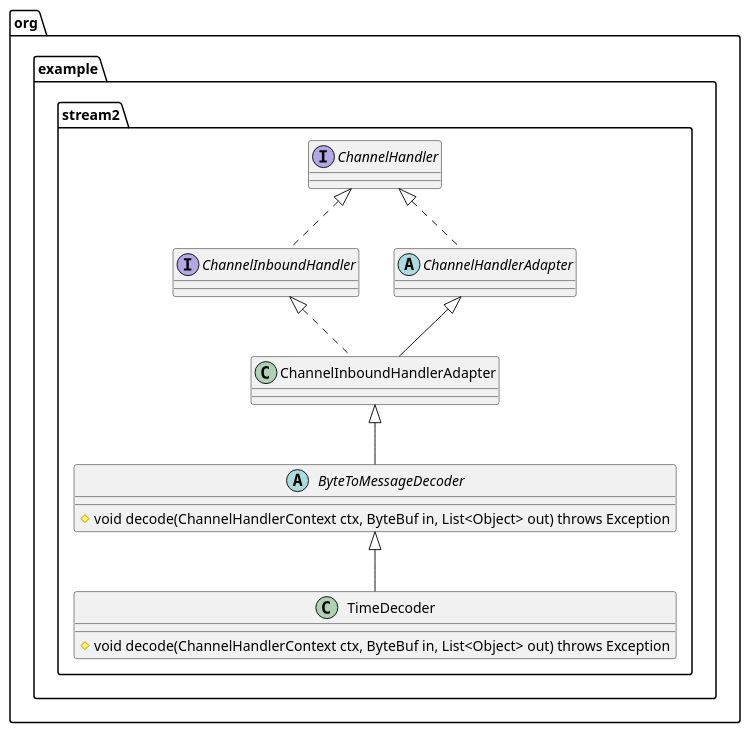
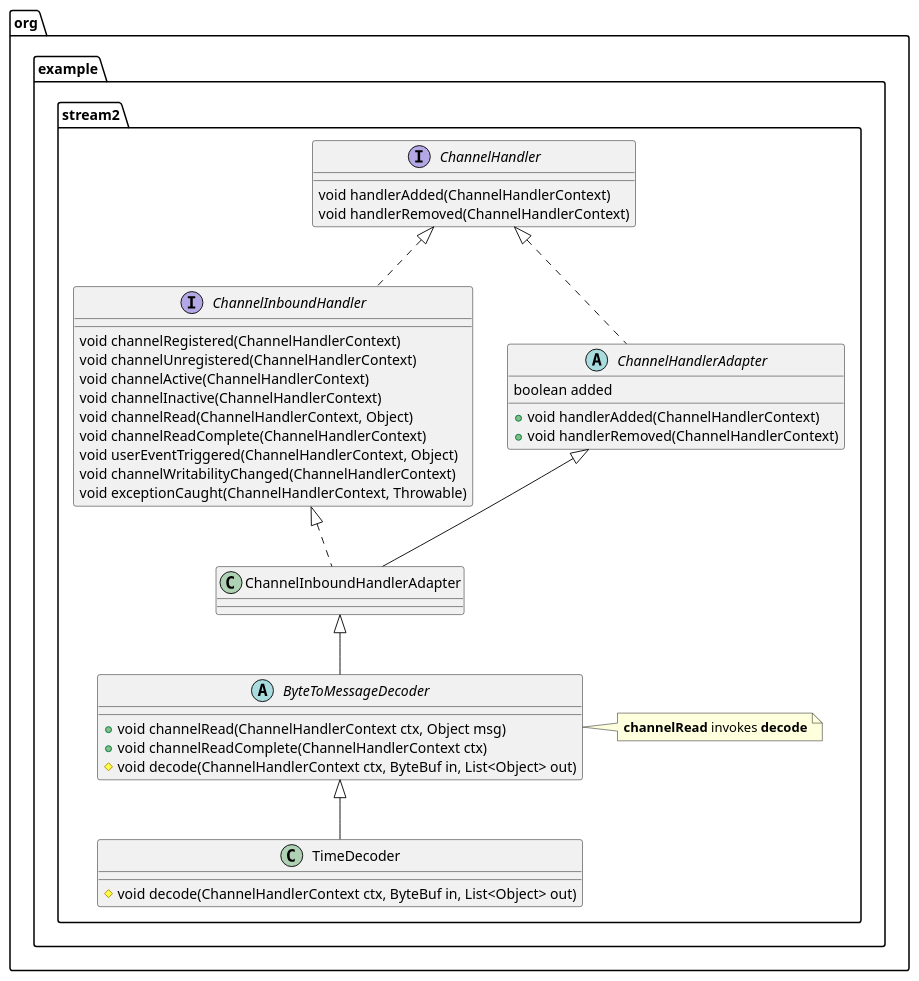
The diagram in Week_03/netty-example/assets/uml/stream2-class-diagram.puml (Du-Feng/JAVA-000), drawn with PlantUML before and after one commit. The commit also changed 5 other files, not shown here.

Commit message:
Update the class diagram with more details.

```diff
--- a/Week_03/netty-example/assets/uml/stream2-class-diagram.puml
+++ b/Week_03/netty-example/assets/uml/stream2-class-diagram.puml
@@ -1,24 +1,49 @@
 @startuml
 
 package "org.example.stream2" {
     ChannelHandler <|.. ChannelInboundHandler
     ChannelHandler <|.. ChannelHandlerAdapter
     ChannelInboundHandler <|.. ChannelInboundHandlerAdapter
     ChannelHandlerAdapter <|-- ChannelInboundHandlerAdapter
     ChannelInboundHandlerAdapter <|-- ByteToMessageDecoder
     ByteToMessageDecoder <|-- TimeDecoder
 
-    interface ChannelHandler { }
-    abstract class ChannelHandlerAdapter { }
-    interface ChannelInboundHandler { }
-    class ChannelInboundHandlerAdapter { }
-    abstract class ByteToMessageDecoder {
-        # void decode(ChannelHandlerContext ctx, ByteBuf in, List<Object> out) throws Exception
+    interface ChannelHandler {
+         void handlerAdded(ChannelHandlerContext)
+         void handlerRemoved(ChannelHandlerContext)
     }
 
+    abstract class ChannelHandlerAdapter {
+        boolean added
+
+        + void handlerAdded(ChannelHandlerContext)
+        + void handlerRemoved(ChannelHandlerContext)
+    }
+
+    interface ChannelInboundHandler {
+        void channelRegistered(ChannelHandlerContext)
+        void channelUnregistered(ChannelHandlerContext)
+        void channelActive(ChannelHandlerContext)
+        void channelInactive(ChannelHandlerContext)
+        void channelRead(ChannelHandlerContext, Object)
+        void channelReadComplete(ChannelHandlerContext)
+        void userEventTriggered(ChannelHandlerContext, Object)
+        void channelWritabilityChanged(ChannelHandlerContext)
+        void exceptionCaught(ChannelHandlerContext, Throwable)
+    }
+
+    class ChannelInboundHandlerAdapter { }
+
+    abstract class ByteToMessageDecoder {
+        + void channelRead(ChannelHandlerContext ctx, Object msg)
+        + void channelReadComplete(ChannelHandlerContext ctx)
+        # void decode(ChannelHandlerContext ctx, ByteBuf in, List<Object> out)
+    }
+    note right of ByteToMessageDecoder : <b>channelRead</b> invokes <b>decode</b>
+
     class TimeDecoder {
-        # void decode(ChannelHandlerContext ctx, ByteBuf in, List<Object> out) throws Exception
+        # void decode(ChannelHandlerContext ctx, ByteBuf in, List<Object> out)
     }
 }
 
 @enduml
```
